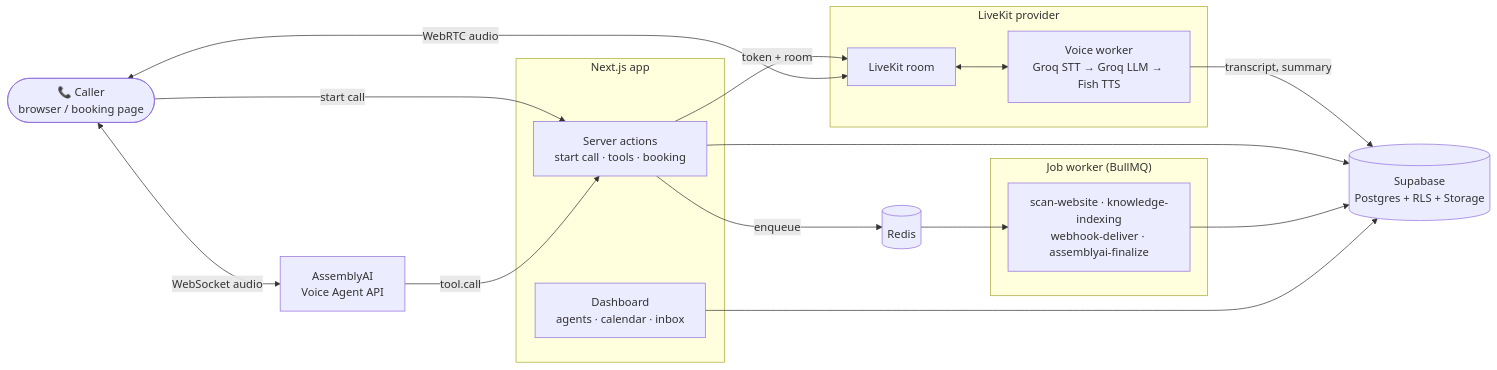
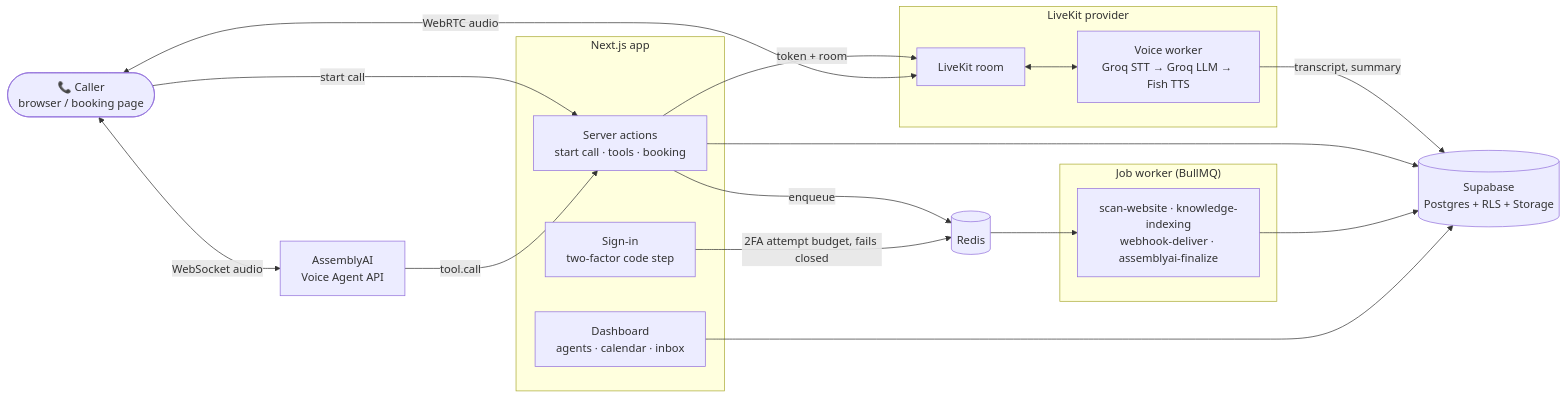
One commit to Sainigurnoor511/frontdesk-ai changed the diagram in README.md. Above: the diagram before and after it, drawn with Mermaid. The commit also changed other lines of this file, not shown here.

Commit message:
docs(readme): list the two-factor attempt budget as a Redis consumer
The REDIS_URL row and the topology diagram now say that Redis also holds the sign-in attempt budget and that losing it stops two-factor users from finishing sign-in. The 'Enforce two-factor at login' roadmap line stays under Next while the aal2 RLS gap, authenticator recovery and the password-reset path for two-factor users are open.

````diff
--- a/README.md
+++ b/README.md
@@ -145,36 +145,38 @@
 ```mermaid
 flowchart LR
     Caller(["📞 Caller<br/>browser / booking page"])
 
     subgraph App["Next.js app"]
         Actions["Server actions<br/>start call · tools · booking"]
         Dash["Dashboard<br/>agents · calendar · inbox"]
+        Login["Sign-in<br/>two-factor code step"]
     end
 
     subgraph LK["LiveKit provider"]
         Room["LiveKit room"]
         Voice["Voice worker<br/>Groq STT → Groq LLM → Fish TTS"]
     end
 
     AAI["AssemblyAI<br/>Voice Agent API"]
 
     subgraph Jobs["Job worker (BullMQ)"]
         Q["scan-website · knowledge-indexing<br/>webhook-deliver · assemblyai-finalize"]
     end
 
     DB[("Supabase<br/>Postgres + RLS + Storage")]
     Redis[("Redis")]
 
     Caller -->|start call| Actions
     Actions -->|token + room| Room
     Caller <-->|WebRTC audio| Room
     Room <--> Voice
     Caller <-->|WebSocket audio| AAI
     AAI -->|tool.call| Actions
     Voice -->|transcript, summary| DB
     Actions --> DB
     Actions -->|enqueue| Redis
+    Login -->|2FA attempt budget, fails closed| Redis
     Redis --> Q
     Q --> DB
     Dash --> DB
 ```
````
